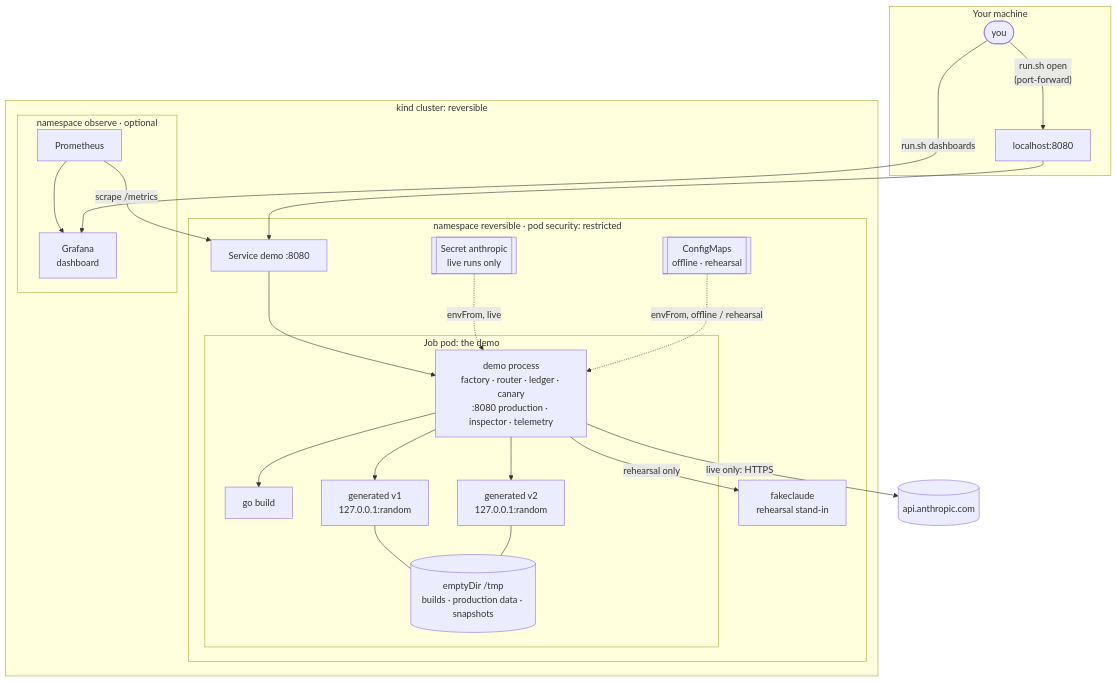
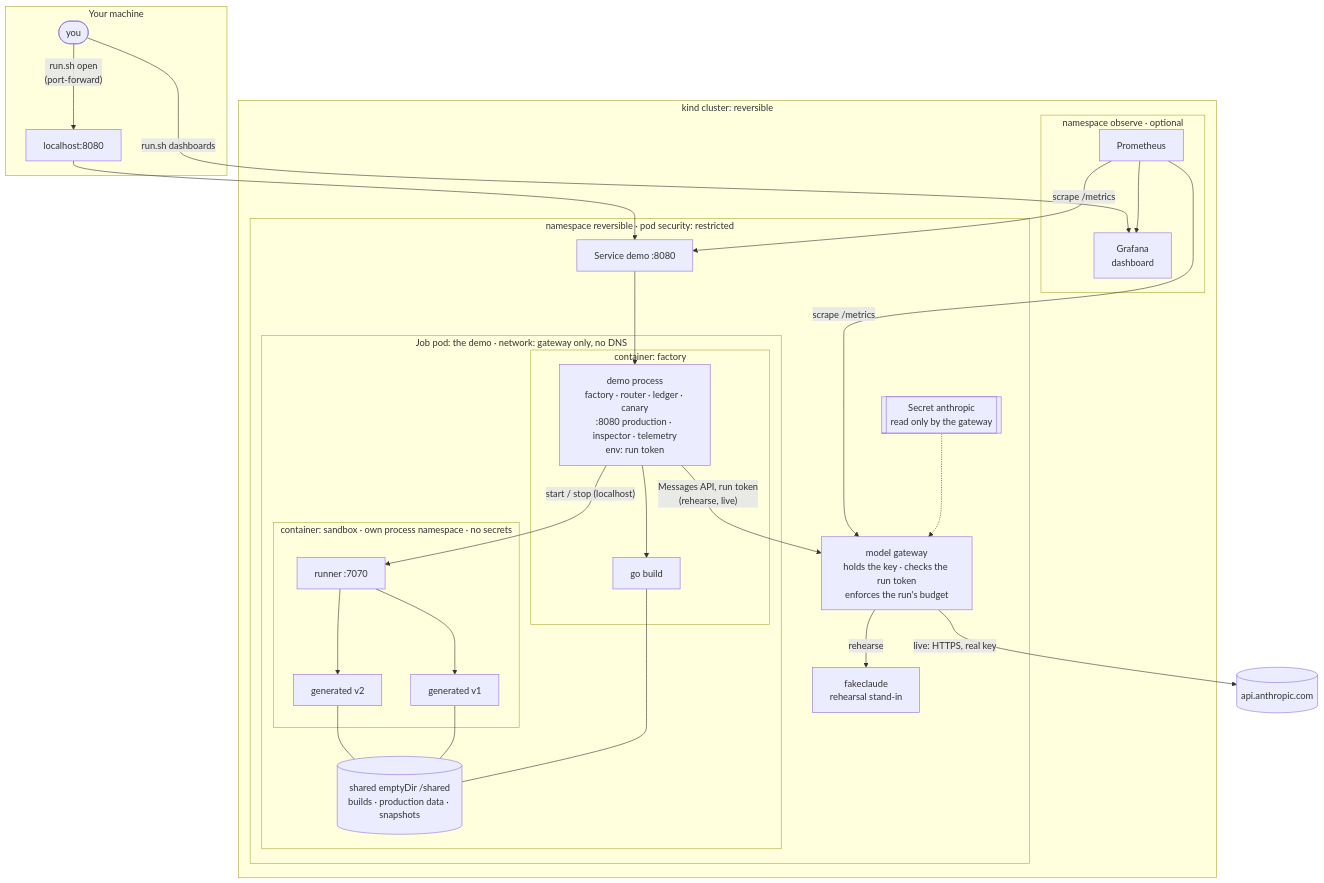
Before and after one commit to PureMunky/reversible: the third of 3 diagrams in docs/ARCHITECTURE.md, drawn with Mermaid. The commit also changed other lines of this file and 20 other files, not shown here.

First line of the commit message:
Close the containment gap: key in a gateway, generated code in a sandbox

````diff
--- a/docs/ARCHITECTURE.md
+++ b/docs/ARCHITECTURE.md
@@ -97,38 +101,46 @@
 ```mermaid
 flowchart TB
     subgraph laptop[Your machine]
         U([you]) -- "run.sh open<br/>(port-forward)" --> PF[localhost:8080]
     end
     subgraph kind[kind cluster: reversible]
         subgraph ns[namespace reversible · pod security: restricted]
-            S[[Secret anthropic<br/>live runs only]]
-            CM[[ConfigMaps<br/>offline · rehearsal]]
-            subgraph job[Job pod: the demo]
-                D[demo process<br/>factory · router · ledger · canary<br/>:8080 production · inspector · telemetry]
-                GB[go build]
-                G1[generated v1<br/>127.0.0.1:random]
-                G2[generated v2<br/>127.0.0.1:random]
-                D --> GB
-                D --> G1
-                D --> G2
-                DATA[(emptyDir /tmp<br/>builds · production data · snapshots)]
+            subgraph job[Job pod: the demo · network: gateway only, no DNS]
+                subgraph fc[container: factory]
+                    D[demo process<br/>factory · router · ledger · canary<br/>:8080 production · inspector · telemetry<br/>env: run token]
+                    GB[go build]
+                    D --> GB
+                end
+                subgraph sb[container: sandbox · own process namespace · no secrets]
+                    RN[runner :7070]
+                    G1[generated v1]
+                    G2[generated v2]
+                    RN --> G1
+                    RN --> G2
+                end
+                DATA[(shared emptyDir /shared<br/>builds · production data · snapshots)]
+                D -- "start / stop (localhost)" --> RN
+                GB --- DATA
                 G1 --- DATA
                 G2 --- DATA
             end
-            FC[fakeclaude<br/>rehearsal stand-in]
+            GW[model gateway<br/>holds the key · checks the run token<br/>enforces the run's budget]
+            K[[Secret anthropic<br/>read only by the gateway]]
+            FAKE[fakeclaude<br/>rehearsal stand-in]
             SVC[Service demo :8080]
+            K -.-> GW
         end
         subgraph obs[namespace observe · optional]
             PR[Prometheus]
             GF[Grafana<br/>dashboard]
             PR --> GF
         end
     end
     PF --> SVC --> D
     U -- "run.sh dashboards" --> GF
     PR -- "scrape /metrics" --> SVC
-    S -. envFrom, live .-> D
-    CM -. envFrom, offline / rehearsal .-> D
-    D -- rehearsal only --> FC
-    D -- live only: HTTPS --> API[(api.anthropic.com)]
+    PR -- "scrape /metrics" --> GW
+    D -- "Messages API, run token<br/>(rehearse, live)" --> GW
+    GW -- rehearse --> FAKE
+    GW -- "live: HTTPS, real key" --> API[(api.anthropic.com)]
 ```
````
